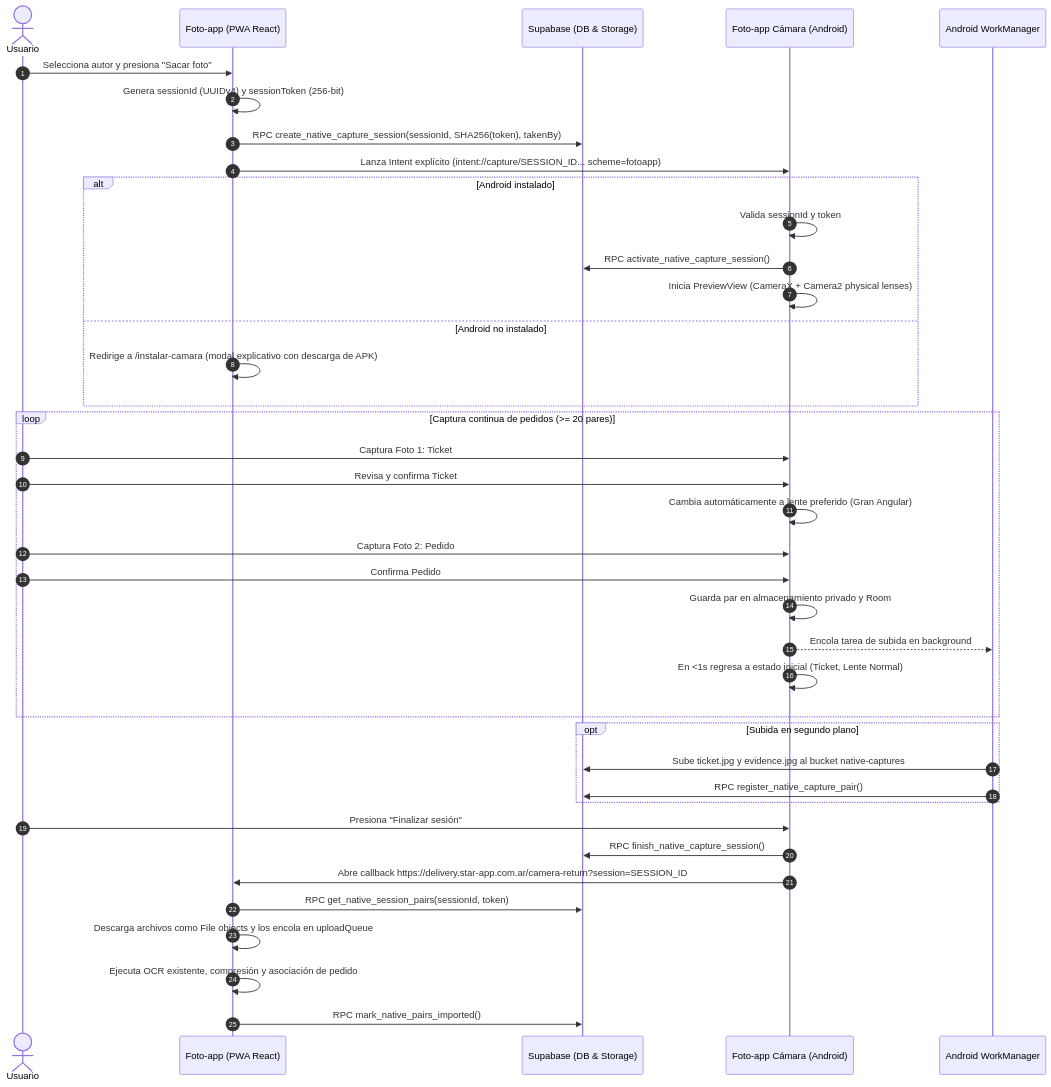
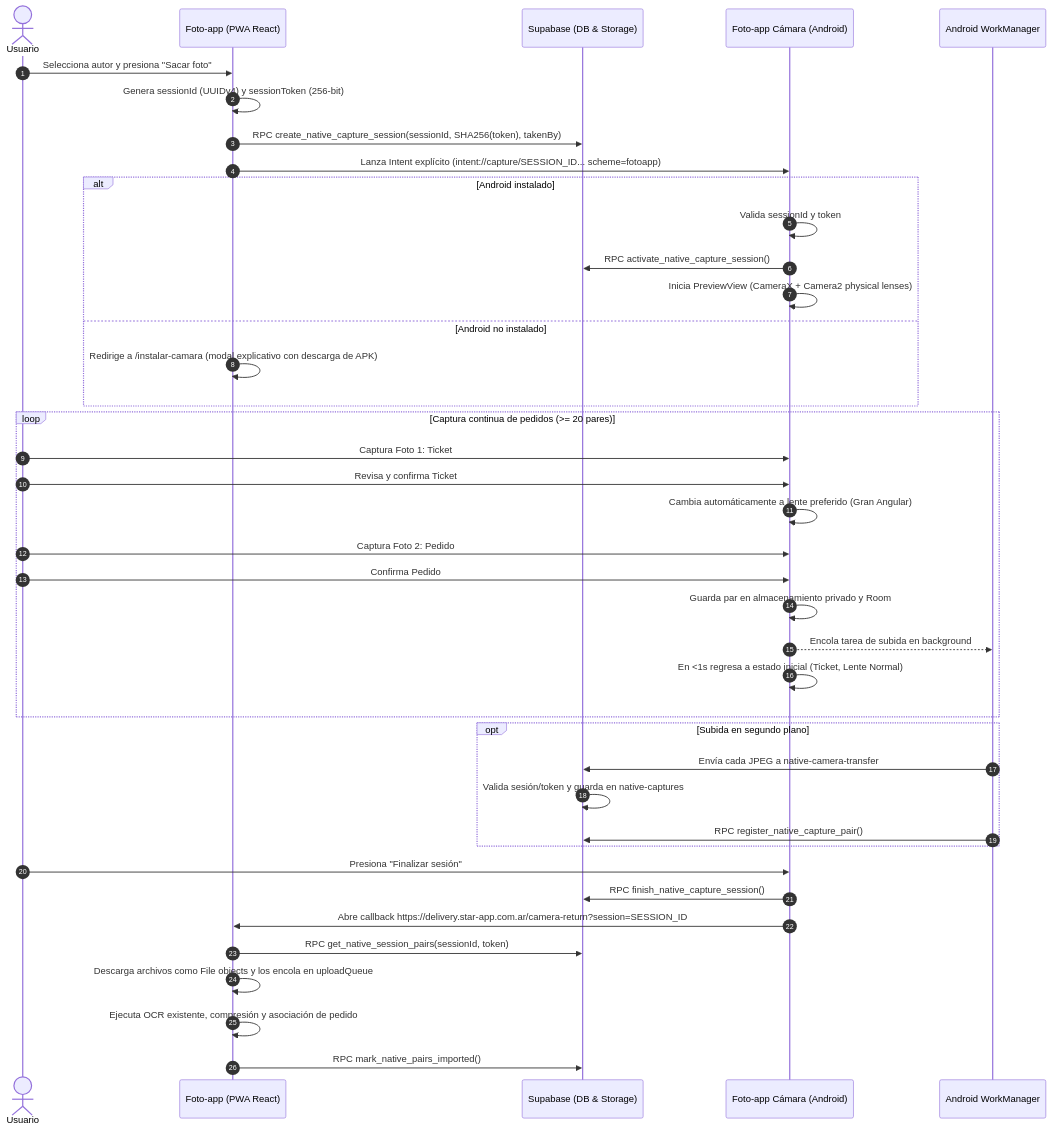
One commit to Lukikitas/foto-app changed the diagram in docs/android-camera-architecture.md. Above: the diagram before and after it, drawn with Mermaid. The commit also changed other lines of this file and 3 other files, not shown here.

````diff
--- a/docs/android-camera-architecture.md
+++ b/docs/android-camera-architecture.md
@@ -28,46 +28,47 @@
 ```mermaid
 sequenceDiagram
     autonumber
     actor Usuario
     participant PWA as Foto-app (PWA React)
     participant Supabase as Supabase (DB & Storage)
     participant Android as Foto-app Cámara (Android)
     participant WorkManager as Android WorkManager
 
     Usuario->>PWA: Selecciona autor y presiona "Sacar foto"
     PWA->>PWA: Genera sessionId (UUIDv4) y sessionToken (256-bit)
     PWA->>Supabase: RPC create_native_capture_session(sessionId, SHA256(token), takenBy)
     PWA->>Android: Lanza Intent explícito (intent://capture/SESSION_ID... scheme=fotoapp)
     
     alt Android instalado
         Android->>Android: Valida sessionId y token
         Android->>Supabase: RPC activate_native_capture_session()
         Android->>Android: Inicia PreviewView (CameraX + Camera2 physical lenses)
     else Android no instalado
         PWA->>PWA: Redirige a /instalar-camara (modal explicativo con descarga de APK)
     end
 
     loop Captura continua de pedidos (>= 20 pares)
         Usuario->>Android: Captura Foto 1: Ticket
         Usuario->>Android: Revisa y confirma Ticket
         Android->>Android: Cambia automáticamente a lente preferido (Gran Angular)
         Usuario->>Android: Captura Foto 2: Pedido
         Usuario->>Android: Confirma Pedido
         Android->>Android: Guarda par en almacenamiento privado y Room
         Android-->>WorkManager: Encola tarea de subida en background
         Android->>Android: En <1s regresa a estado inicial (Ticket, Lente Normal)
     end
 
     opt Subida en segundo plano
-        WorkManager->>Supabase: Sube ticket.jpg y evidence.jpg al bucket native-captures
+        WorkManager->>Supabase: Envía cada JPEG a native-camera-transfer
+        Supabase->>Supabase: Valida sesión/token y guarda en native-captures
         WorkManager->>Supabase: RPC register_native_capture_pair()
     end
 
     Usuario->>Android: Presiona "Finalizar sesión"
     Android->>Supabase: RPC finish_native_capture_session()
     Android->>PWA: Abre callback https://delivery.star-app.com.ar/camera-return?session=SESSION_ID
     PWA->>Supabase: RPC get_native_session_pairs(sessionId, token)
     PWA->>PWA: Descarga archivos como File objects y los encola en uploadQueue
     PWA->>PWA: Ejecuta OCR existente, compresión y asociación de pedido
     PWA->>Supabase: RPC mark_native_pairs_imported()
 ```
````
